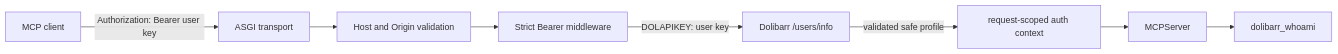
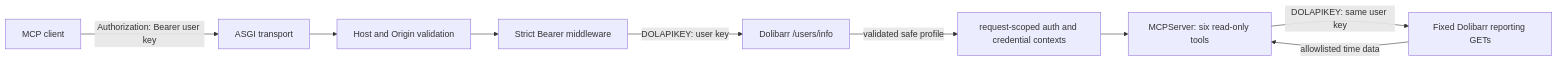
The diagram in README.md (TestMasterAmberteam/dolibarr-mcp-server), drawn with Mermaid before and after one commit. The commit also changed other lines of this file and 25 other files, not shown here.

````diff
--- a/README.md
+++ b/README.md
@@ -24,10 +26,11 @@
 ```mermaid
 flowchart LR
     C[MCP client] -->|Authorization: Bearer user key| A[ASGI transport]
     A --> H[Host and Origin validation]
     H --> B[Strict Bearer middleware]
     B -->|DOLAPIKEY: user key| D[Dolibarr /users/info]
-    D -->|validated safe profile| X[request-scoped auth context]
-    X --> M[MCPServer]
-    M --> W[dolibarr_whoami]
+    D -->|validated safe profile| X[request-scoped auth and credential contexts]
+    X --> M[MCPServer: six read-only tools]
+    M -->|DOLAPIKEY: same user key| R[Fixed Dolibarr reporting GETs]
+    R -->|allowlisted time data| M
 ```
````
